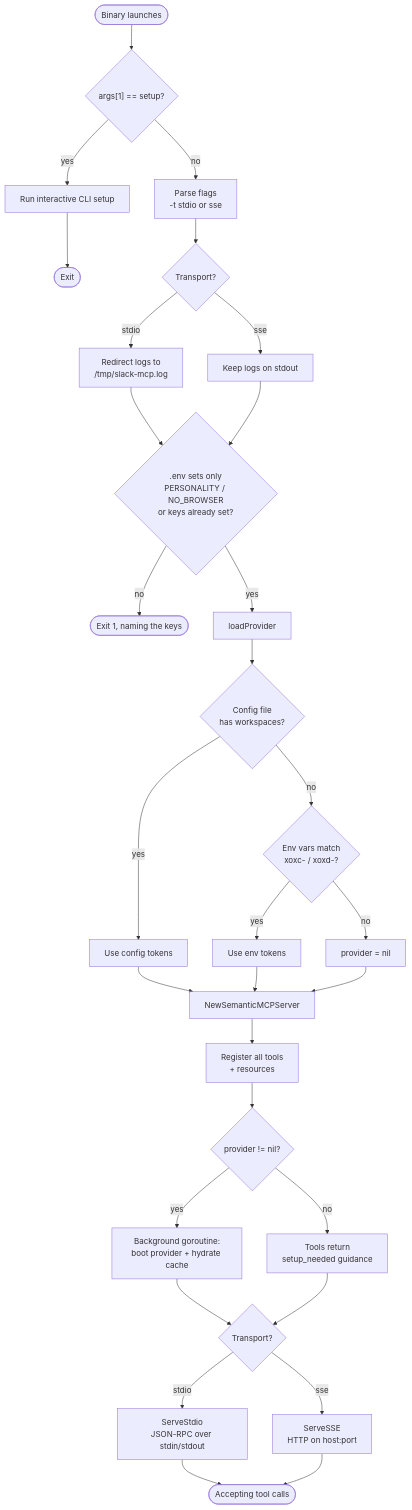
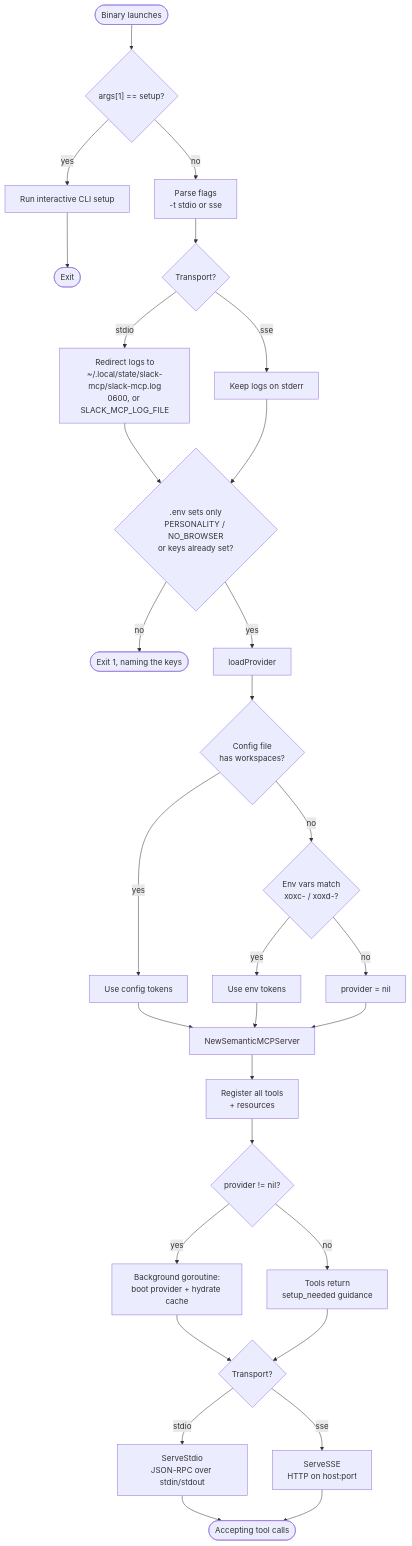
Before and after one commit to aaronsb/slack-mcp: the first of 5 diagrams in docs/token-resolution.md, drawn with Mermaid. The commit also changed 10 other files, not shown here.

````diff
--- a/docs/token-resolution.md
+++ b/docs/token-resolution.md
@@ -7,46 +7,46 @@
 ```mermaid
 flowchart TD
     Launch([Binary launches]) --> SubCmd{"args[1] == setup?"}
 
     SubCmd -->|yes| CLI[Run interactive CLI setup]
     CLI --> Exit([Exit])
 
     SubCmd -->|no| Flags[Parse flags<br>-t stdio or sse]
     Flags --> LogSetup{Transport?}
 
-    LogSetup -->|stdio| LogFile[Redirect logs to<br>/tmp/slack-mcp.log]
-    LogSetup -->|sse| LogStdout[Keep logs on stdout]
+    LogSetup -->|stdio| LogFile[Redirect logs to<br>~/.local/state/slack-mcp/slack-mcp.log<br>0600, or SLACK_MCP_LOG_FILE]
+    LogSetup -->|sse| LogStdout[Keep logs on stderr]
 
     LogFile --> DotEnv{".env sets only<br>PERSONALITY / NO_BROWSER<br>or keys already set?"}
     LogStdout --> DotEnv
 
     DotEnv -->|no| Refuse([Exit 1, naming the keys])
     DotEnv -->|yes| LoadProvider[loadProvider]
 
     LoadProvider --> CheckConfig{Config file<br>has workspaces?}
     CheckConfig -->|yes| UseConfig[Use config tokens]
     CheckConfig -->|no| CheckEnv{Env vars match<br>xoxc- / xoxd-?}
     CheckEnv -->|yes| UseEnv[Use env tokens]
     CheckEnv -->|no| NoAuth[provider = nil]
 
     UseConfig --> CreateServer[NewSemanticMCPServer]
     UseEnv --> CreateServer
     NoAuth --> CreateServer
 
     CreateServer --> RegisterTools[Register all tools<br>+ resources]
 
     RegisterTools --> HasAuth{provider != nil?}
 
     HasAuth -->|yes| AsyncBoot[Background goroutine:<br>boot provider + hydrate cache]
     HasAuth -->|no| ToolsLimited[Tools return<br>setup_needed guidance]
 
     AsyncBoot --> Serve
     ToolsLimited --> Serve
 
     Serve{Transport?}
     Serve -->|stdio| Stdio[ServeStdio<br>JSON-RPC over stdin/stdout]
     Serve -->|sse| SSE[ServeSSE<br>HTTP on host:port]
 
     Stdio --> Ready([Accepting tool calls])
     SSE --> Ready
 ```
````
